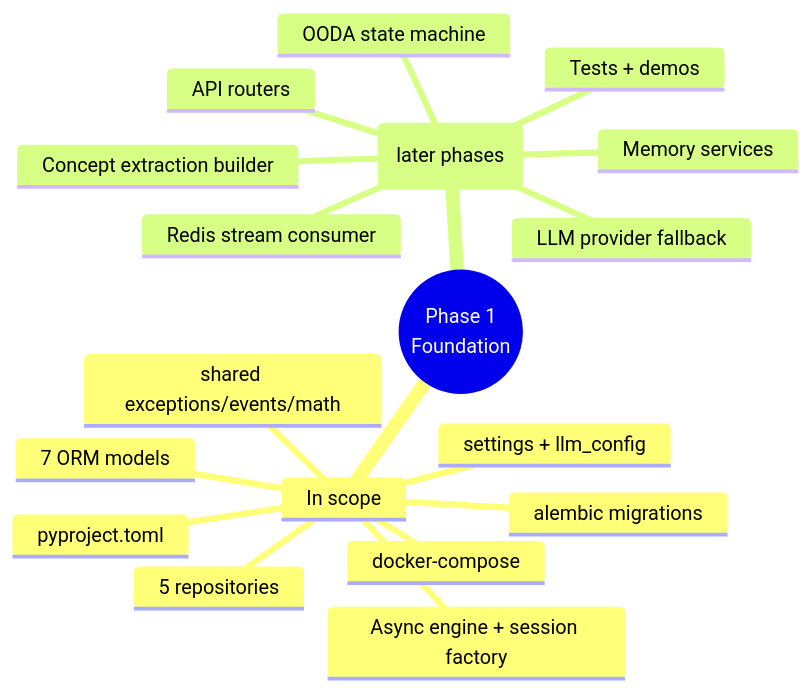
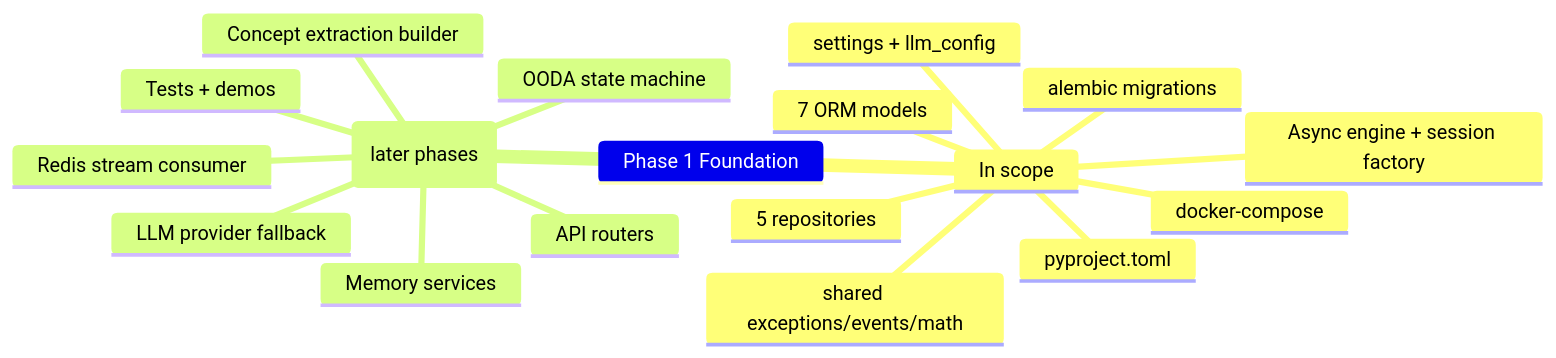
One commit to Het-Shah21/AB6_AI changed the eighth of 9 diagrams in docs/phase-01-foundation/00-system-design.md. Above: the diagram before and after it, drawn with Mermaid. The commit also changed other lines of this file and 12 other files, not shown here.

First line of the commit message:
Fix Mermaid diagrams: <br/> -> <br> and resolve other GitHub-render issues

````diff
--- a/docs/phase-01-foundation/00-system-design.md
+++ b/docs/phase-01-foundation/00-system-design.md
@@ -282,21 +282,21 @@
 ```mermaid
 mindmap
-  root((Phase 1<br/>Foundation))
+  Phase 1 Foundation
     In scope
       pyproject.toml
       settings + llm_config
       Async engine + session factory
       7 ORM models
       5 repositories
       shared exceptions/events/math
       alembic migrations
       docker-compose
     Out of scope (later phases)
       LLM provider fallback
       Redis stream consumer
       Concept extraction builder
       OODA state machine
       Memory services
       API routers
       Tests + demos
 ```
````
